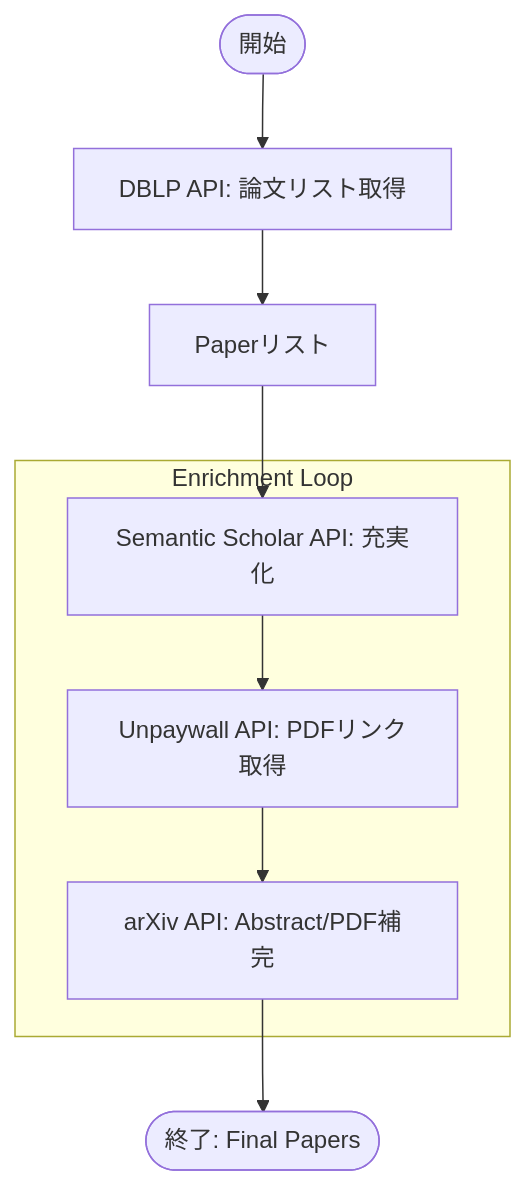
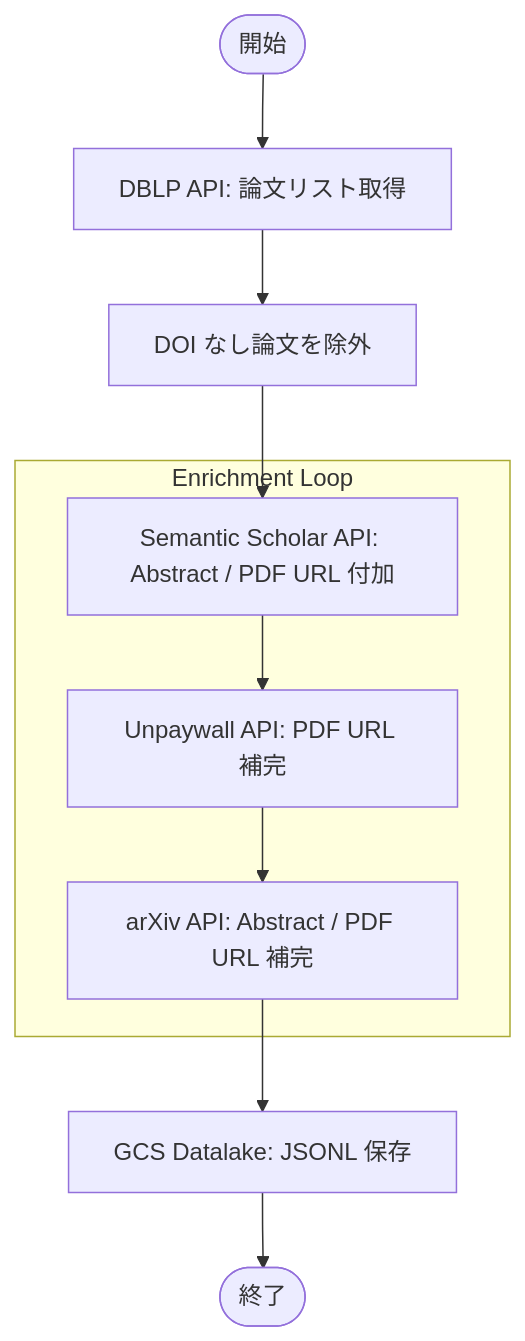
The diagram in workflows/crawler/README.md (haru-256/devgist), drawn with Mermaid before and after one commit. The commit also changed other lines of this file and 41 other files, not shown here.

````diff
--- a/workflows/crawler/README.md
+++ b/workflows/crawler/README.md
@@ -18,15 +18,16 @@
 ```mermaid
 graph TD
     Start([開始]) --> DBLP[DBLP API: 論文リスト取得]
-    DBLP --> Papers[Paperリスト]
-    Papers --> SS[Semantic Scholar API: 充実化]
-    SS --> UP[Unpaywall API: PDFリンク取得]
-    UP --> Arxiv[arXiv API: Abstract/PDF補完]
-    Arxiv --> End([終了: Final Papers])
+    DBLP --> Filter[DOI なし論文を除外]
+    Filter --> SS[Semantic Scholar API: Abstract / PDF URL 付加]
+    SS --> UP[Unpaywall API: PDF URL 補完]
+    UP --> Arxiv[arXiv API: Abstract / PDF URL 補完]
+    Arxiv --> GCS[GCS Datalake: JSONL 保存]
+    GCS --> End([終了])
 
     subgraph Enrichment Loop
     SS
     UP
     Arxiv
     end
 ```
````
